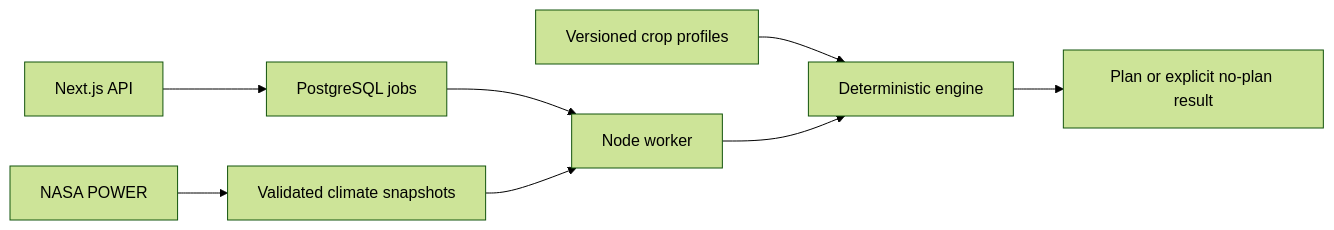
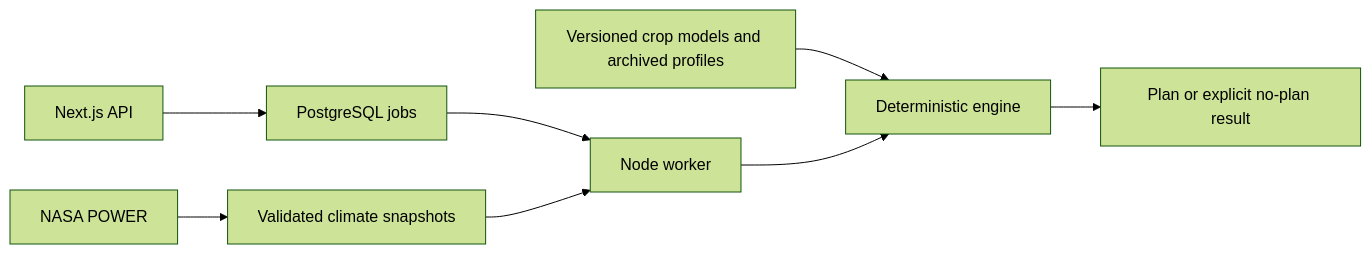
One commit to Quantomz/gilir changed the diagram in README.md. Above: the diagram before and after it, drawn with Mermaid (forest theme). The commit also changed other lines of this file and 69 other files, not shown here.

First line of the commit message:
feat(engine): release 32 reviewed global crop models (#61)

````diff
--- a/README.md
+++ b/README.md
@@ -161,10 +172,10 @@
 ```mermaid
 flowchart LR
     API[Next.js API] --> Jobs[PostgreSQL jobs]
     Jobs --> Worker[Node worker]
     NASA[NASA POWER] --> Cache[Validated climate snapshots]
     Cache --> Worker
-    Profiles[Versioned crop profiles] --> Engine[Deterministic engine]
+    Models[Versioned crop models and archived profiles] --> Engine[Deterministic engine]
     Worker --> Engine
     Engine --> Result[Plan or explicit no-plan result]
 ```
````
